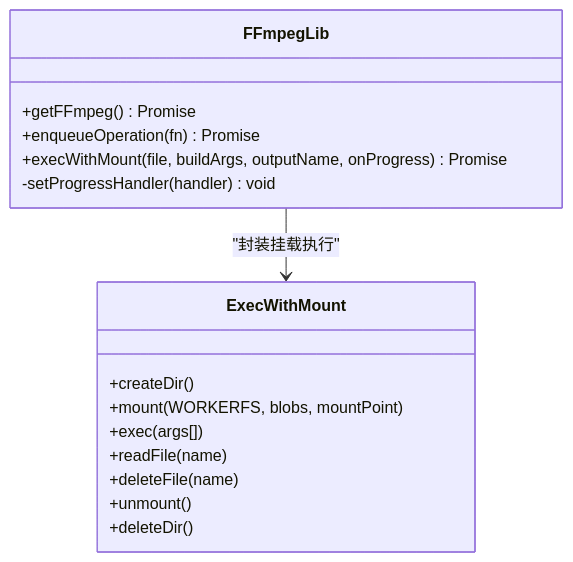
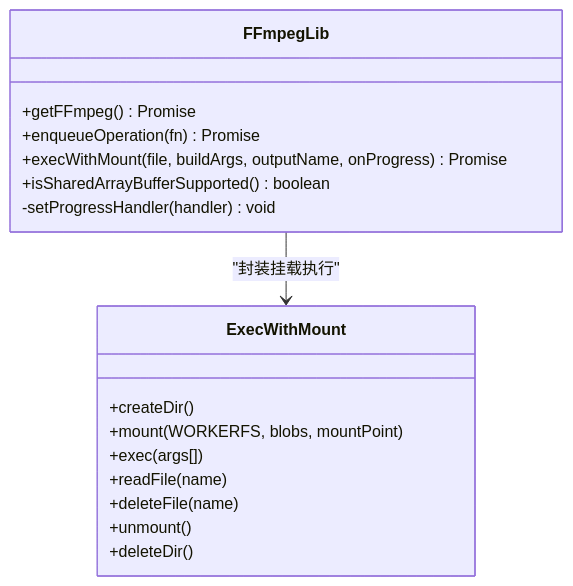
The fifth of 6 diagrams in .qoder/repowiki/zh/content/音频工具/音量调节.md (sgyy/privadeck), drawn with Mermaid before and after one commit. The commit also changed other lines of this file and 2 other files, not shown here.

````diff
--- a/.qoder/repowiki/zh/content/音频工具/音量调节.md
+++ b/.qoder/repowiki/zh/content/音频工具/音量调节.md
@@ -195,19 +214,20 @@
 ```mermaid
 classDiagram
 class FFmpegLib {
 +getFFmpeg() Promise
 +enqueueOperation(fn) Promise
 +execWithMount(file, buildArgs, outputName, onProgress) Promise
++isSharedArrayBufferSupported() boolean
 -setProgressHandler(handler) void
 }
 class ExecWithMount {
 +createDir()
 +mount(WORKERFS, blobs, mountPoint)
 +exec(args[])
 +readFile(name)
 +deleteFile(name)
 +unmount()
 +deleteDir()
 }
 FFmpegLib --> ExecWithMount : "封装挂载执行"
 ```
````
